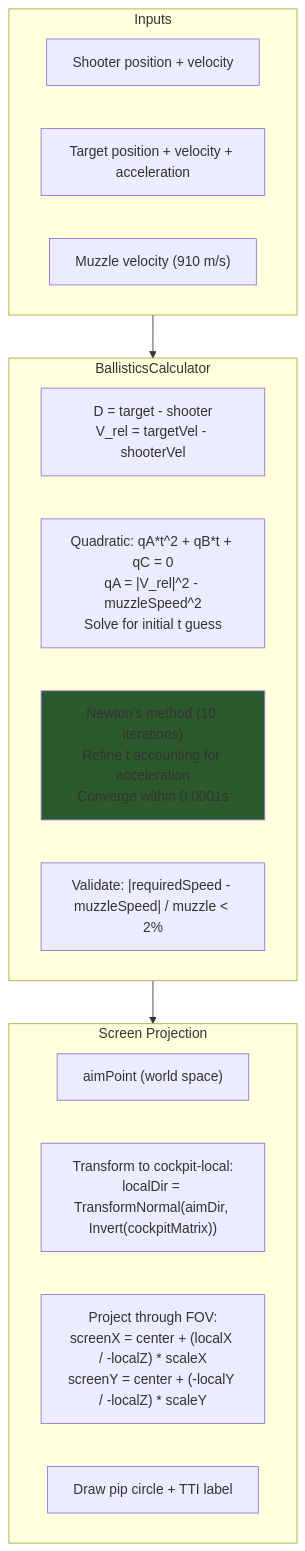
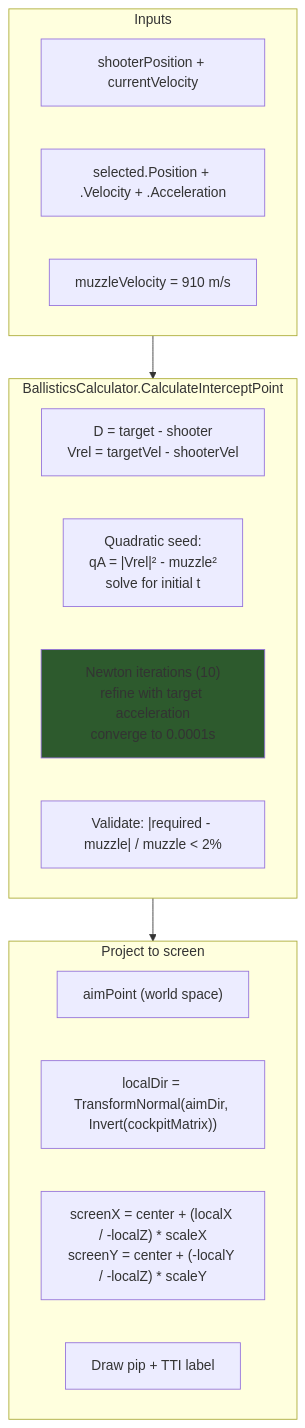
The sixth of 9 diagrams in docs/hud-rendering.md (Terilia/JetOS), drawn with Mermaid before and after one commit. The commit also changed other lines of this file and 23 other files, not shown here.

````diff
--- a/docs/hud-rendering.md
+++ b/docs/hud-rendering.md
@@ -172,27 +222,25 @@
 ```mermaid
 flowchart TD
-    subgraph Inputs ["Inputs"]
-        SPOS["Shooter position + velocity"]
-        TPOS["Target position + velocity + acceleration"]
-        MV["Muzzle velocity (910 m/s)"]
+    subgraph In ["Inputs"]
+        SP["shooterPosition + currentVelocity"]
+        TP["selected.Position + .Velocity + .Acceleration"]
+        MV["muzzleVelocity = 910 m/s"]
     end
 
-    subgraph Ballistics ["BallisticsCalculator"]
-        REL["D = target - shooter\nV_rel = targetVel - shooterVel"]
-        QUAD["Quadratic: qA*t^2 + qB*t + qC = 0\nqA = |V_rel|^2 - muzzleSpeed^2\nSolve for initial t guess"]
-        NEWTON["Newton's method (10 iterations)\nRefine t accounting for acceleration\nConverge within 0.0001s"]
-        VALIDATE["Validate: |requiredSpeed - muzzleSpeed| / muzzle < 2%"]
+    subgraph BC ["BallisticsCalculator.CalculateInterceptPoint"]
+        REL["D = target - shooter<br/>Vrel = targetVel - shooterVel"]
+        Q["Quadratic seed:<br/>qA = |Vrel|² - muzzle²<br/>solve for initial t"]
+        N["Newton iterations (10)<br/>refine with target acceleration<br/>converge to 0.0001s"]
+        VAL["Validate: |required - muzzle| / muzzle &lt; 2%"]
     end
 
-    subgraph Output ["Screen Projection"]
+    subgraph Proj ["Project to screen"]
         AIM["aimPoint (world space)"]
-        LOCAL["Transform to cockpit-local:\nlocalDir = TransformNormal(aimDir, Invert(cockpitMatrix))"]
-        FOV["Project through FOV:\nscreenX = center + (localX / -localZ) * scaleX\nscreenY = center + (-localY / -localZ) * scaleY"]
-        PIP["Draw pip circle + TTI label"]
+        L["localDir = TransformNormal(aimDir, Invert(cockpitMatrix))"]
+        FOV["screenX = center + (localX / -localZ) * scaleX<br/>screenY = center + (-localY / -localZ) * scaleY"]
+        PIP["Draw pip + TTI label"]
     end
 
-    Inputs --> Ballistics
-    Ballistics --> Output
-
-    style NEWTON fill:#2d5a2d
+    In --> BC --> Proj
+    style N fill:#2d5a2d
 ```
````
